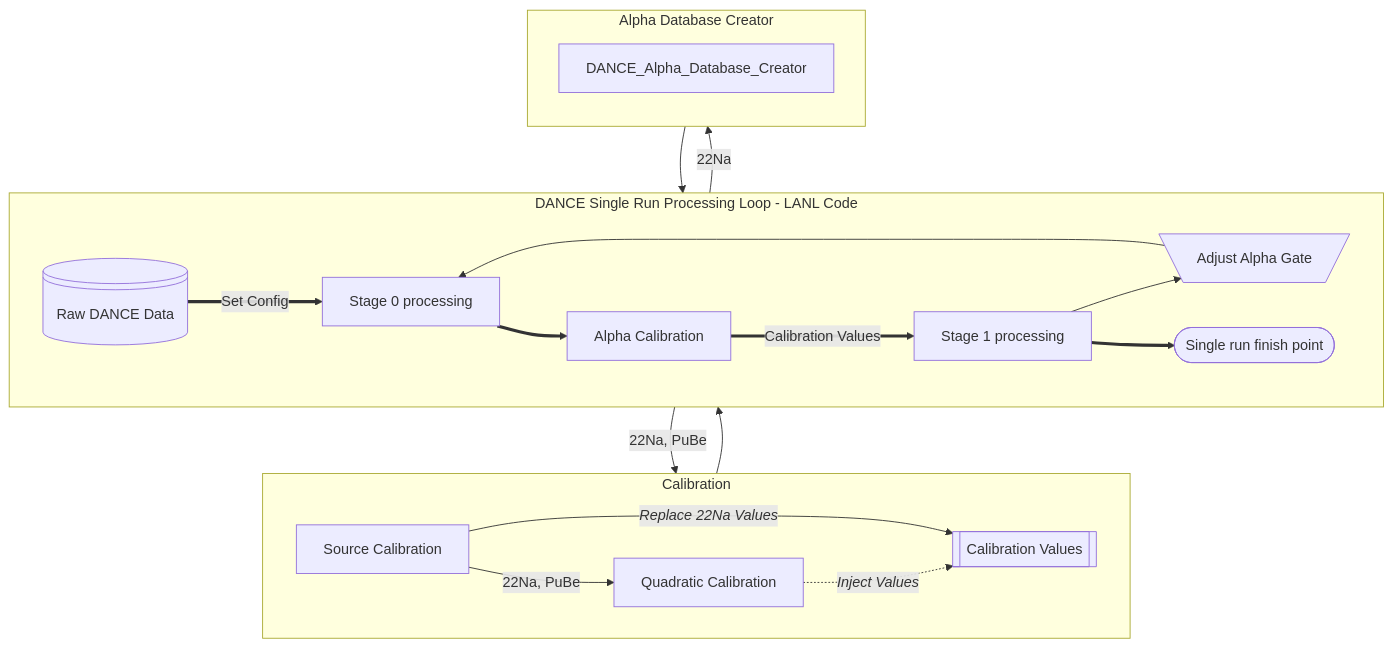
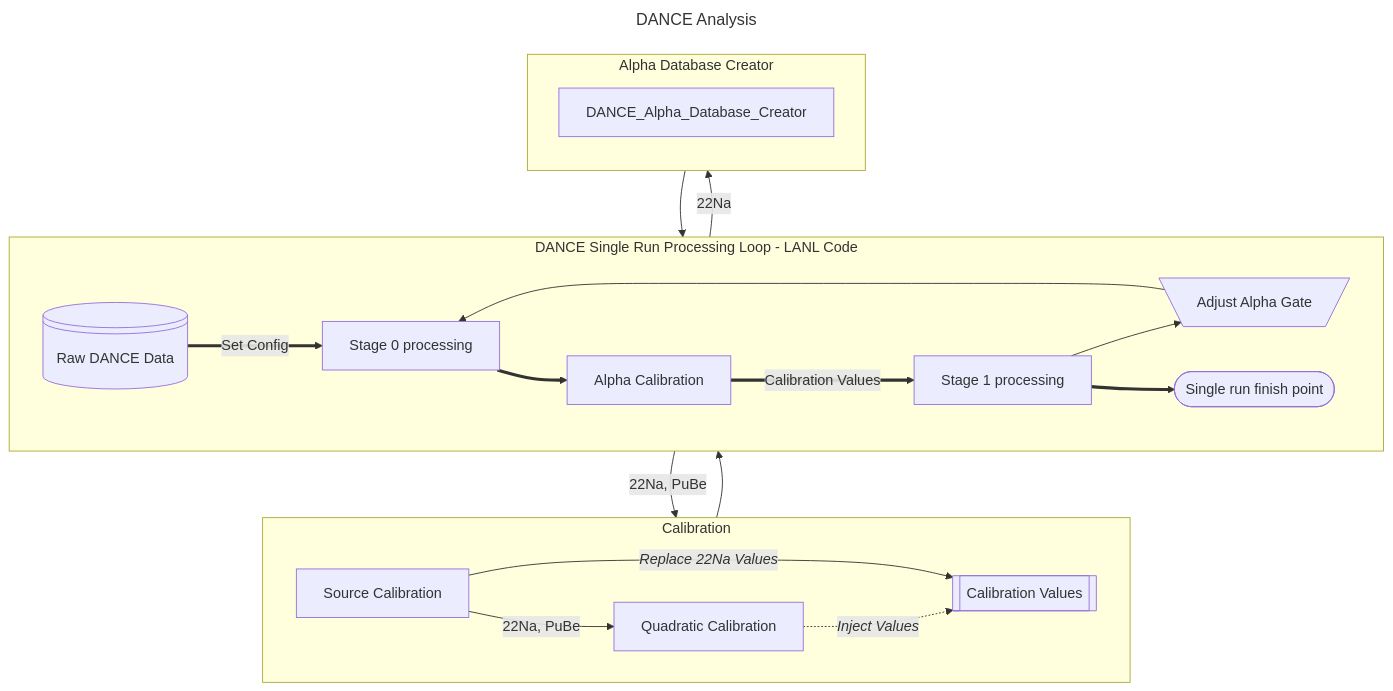
Before and after one commit to SVajdic/Sanitized_CriderLab: the first of 4 diagrams in README.md, drawn with Mermaid.

Commit message:
Removing title made chart inaccurate. Suggest downloading README.md in main repo

````diff
--- a/README.md
+++ b/README.md
@@ -7,34 +7,37 @@
 ```mermaid
+---
+title: DANCE Analysis
+---
 
 flowchart
 
     subgraph main_loop[DANCE Single Run Processing Loop - LANL Code]
     direction LR
     Raw_Data@{shape: lin-cyl, label: "Raw DANCE Data"}
     Stage_0@{shape: rect, label: "Stage 0 processing"}
     Stage_1@{shape: rect, label: "Stage 1 processing"}
     Alpha_Calibrator@{shape: rect, label: "Alpha Calibration"}
     Alpha_Gate@{shape: trap-t, label: "Adjust Alpha Gate"}
     term@{shape: stadium, label: "Single run finish point"}
     end
 
     subgraph calibration[Calibration]
     direction LR
     Lin_Calib@{label: "Source Calibration"}
     Quad_Calib@{label: "Quadratic Calibration"}
     Quad_insert@{shape: subprocess, label: "Calibration Values"}
     end
 
     subgraph Database_sub[Alpha Database Creator]
     direction TB
     Alpha_Database@{label: "DANCE_Alpha_Database_Creator"}
     end
 
     Stage_0-->|22Na, PuBe|Lin_Calib-->|"`*Replace 22Na Values*`"|Quad_insert
     Raw_Data==>|Set Config|Stage_0==>Alpha_Calibrator==>|"Calibration Values"|Stage_1
     Stage_1-->Alpha_Gate-->Stage_0
     Stage_1-->|22Na| Database_sub --> Alpha_Calibrator
     Lin_Calib-->|22Na, PuBe| Quad_Calib -.-> |"`*Inject Values*`"| Quad_insert --> Stage_1
     Stage_1==>term
 
 ```
````
